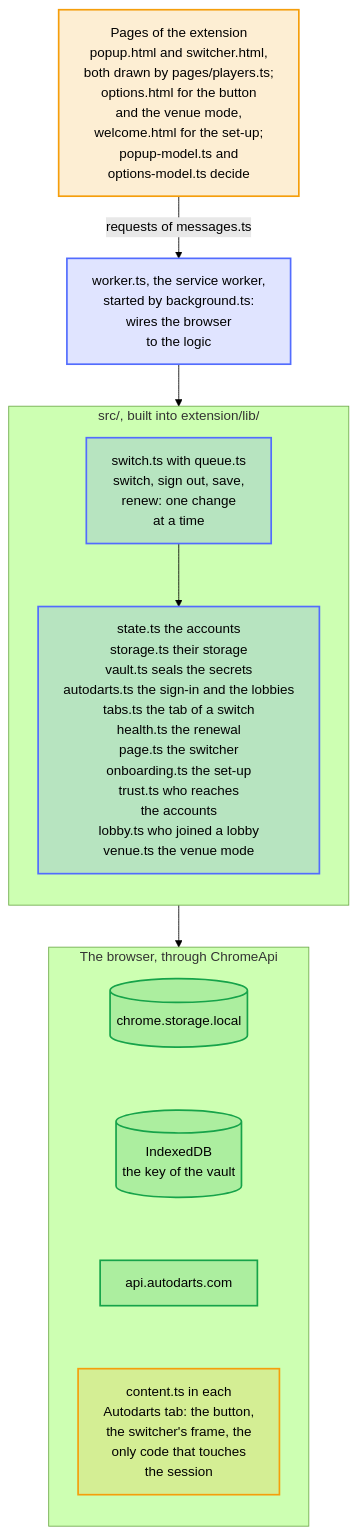
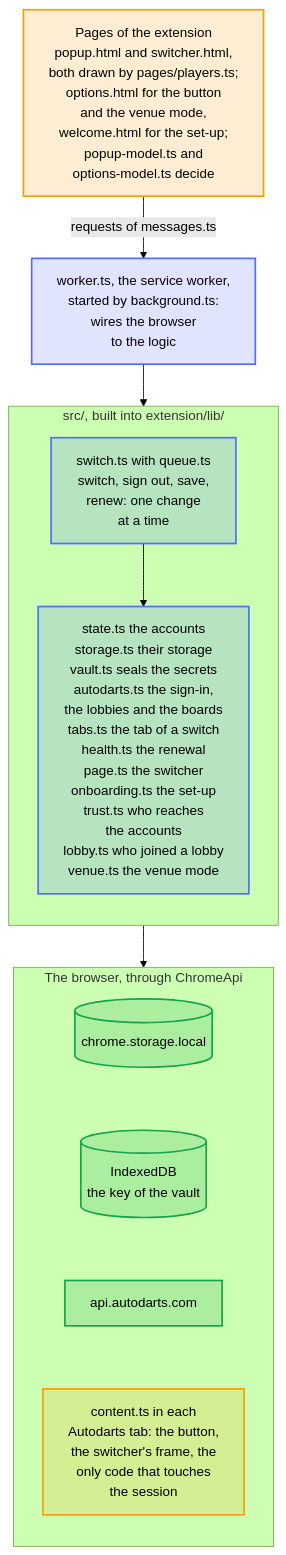
The diagram in docs/diagrams/architecture.mmd (Dennis-Otto/player-switch-for-autodarts), drawn with Mermaid (forest theme) before and after one commit. The commit also changed 63 other files, not shown here.

```diff
--- a/docs/diagrams/architecture.mmd
+++ b/docs/diagrams/architecture.mmd
@@ -1,35 +1,35 @@
 ---
 config:
   flowchart:
     wrappingWidth: 400
 ---
 flowchart TB
     accTitle: How the code is laid out
-    accDescr: Every line that ships is TypeScript in src/, built into extension/lib/; extension/ holds only the manifest, the HTML, the styles, the icons and the texts. The popup and the switcher are pages of the extension that pages/players.ts draws, the options page keeps the settings of the button and of the venue mode, and the welcome page guides the first set-up; what they decide is in popup-model.ts and options-model.ts. They send their requests, typed in messages.ts, to worker.ts, the service worker, which background.ts starts on the real chrome and which wires the browser to the logic. There switch.ts makes every change of the accounts, one at a time through queue.ts, with state.ts for the saved accounts, storage.ts to store them with the version of their format, vault.ts to seal their sessions and passwords, and autodarts.ts for the sign-in service and the game service of Autodarts; tabs.ts picks the Autodarts tab, health.ts plans the renewal and the badge, page.ts decides for the switcher, onboarding.ts for the first set-up and the bug report, trust.ts who may send which request and who may read the storage, lobby.ts who joined which lobby, and venue.ts the PINs and the return after a break of the venue mode. The worker reaches chrome.storage.local, the IndexedDB of the key, api.autodarts.com and the content script only through ChromeApi, the typed port that background.ts fills with the real chrome and a test with a fake one. content.ts runs in each Autodarts tab as a classic script, shows the button and the frame of the switcher, and is the only code that reads or writes the session of the page.
+    accDescr: Every line that ships is TypeScript in src/, built into extension/lib/; extension/ holds only the manifest, the HTML, the styles, the icons and the texts. The popup and the switcher are pages of the extension that pages/players.ts draws, the options page keeps the settings of the button and of the venue mode, and the welcome page guides the first set-up; what they decide is in popup-model.ts and options-model.ts. They send their requests, typed in messages.ts, to worker.ts, the service worker, which background.ts starts on the real chrome and which wires the browser to the logic. There switch.ts makes every change of the accounts, one at a time through queue.ts, with state.ts for the saved accounts, storage.ts to store them with the version of their format, vault.ts to seal their sessions and passwords, and autodarts.ts for the sign-in service, the game service and the board service of Autodarts; tabs.ts picks the Autodarts tab, health.ts plans the renewal and the badge, page.ts decides for the switcher, onboarding.ts for the first set-up and the bug report, trust.ts who may send which request and who may read the storage, lobby.ts who joined which lobby, and venue.ts the PINs and the return after a break of the venue mode. The worker reaches chrome.storage.local, the IndexedDB of the key, api.autodarts.com and the content script only through ChromeApi, the typed port that background.ts fills with the real chrome and a test with a fake one. content.ts runs in each Autodarts tab as a classic script, shows the button and the frame of the switcher, and is the only code that reads or writes the session of the page.
 
     pages["Pages of the extension<br>popup.html and switcher.html,<br>both drawn by pages/players.ts;<br>options.html for the button<br>and the venue mode,<br>welcome.html for the set-up;<br>popup-model.ts and<br>options-model.ts decide"]
     worker["worker.ts, the service worker,<br>started by background.ts:<br>wires the browser<br>to the logic"]
     subgraph lib ["src/, built into extension/lib/"]
         direction TB
         switch["switch.ts with queue.ts<br>switch, sign out, save,<br>renew: one change<br>at a time"]
-        parts["state.ts the accounts<br>storage.ts their storage<br>vault.ts seals the secrets<br>autodarts.ts the sign-in and the lobbies<br>tabs.ts the tab of a switch<br>health.ts the renewal<br>page.ts the switcher<br>onboarding.ts the set-up<br>trust.ts who reaches<br>the accounts<br>lobby.ts who joined a lobby<br>venue.ts the venue mode"]
+        parts["state.ts the accounts<br>storage.ts their storage<br>vault.ts seals the secrets<br>autodarts.ts the sign-in,<br>the lobbies and the boards<br>tabs.ts the tab of a switch<br>health.ts the renewal<br>page.ts the switcher<br>onboarding.ts the set-up<br>trust.ts who reaches<br>the accounts<br>lobby.ts who joined a lobby<br>venue.ts the venue mode"]
         switch --> parts
     end
     subgraph ports ["The browser, through ChromeApi"]
         direction TB
         storage[("chrome.storage.local")]
         keys[("IndexedDB<br>the key of the vault")]
         api["api.autodarts.com"]
         content["content.ts in each<br>Autodarts tab: the button,<br>the switcher's frame, the<br>only code that touches<br>the session"]
         storage ~~~ keys ~~~ api ~~~ content
     end
 
     pages -- "requests of messages.ts" --> worker --> lib
     lib --> ports
 
     classDef bot fill:#526cfe2e,stroke:#526cfe,stroke-width:2px
     classDef done fill:#16a34a2e,stroke:#16a34a,stroke-width:2px
     classDef person fill:#f59e0b2e,stroke:#f59e0b,stroke-width:2px
     class pages,content person
     class worker,switch,parts bot
     class storage,keys,api done
```
